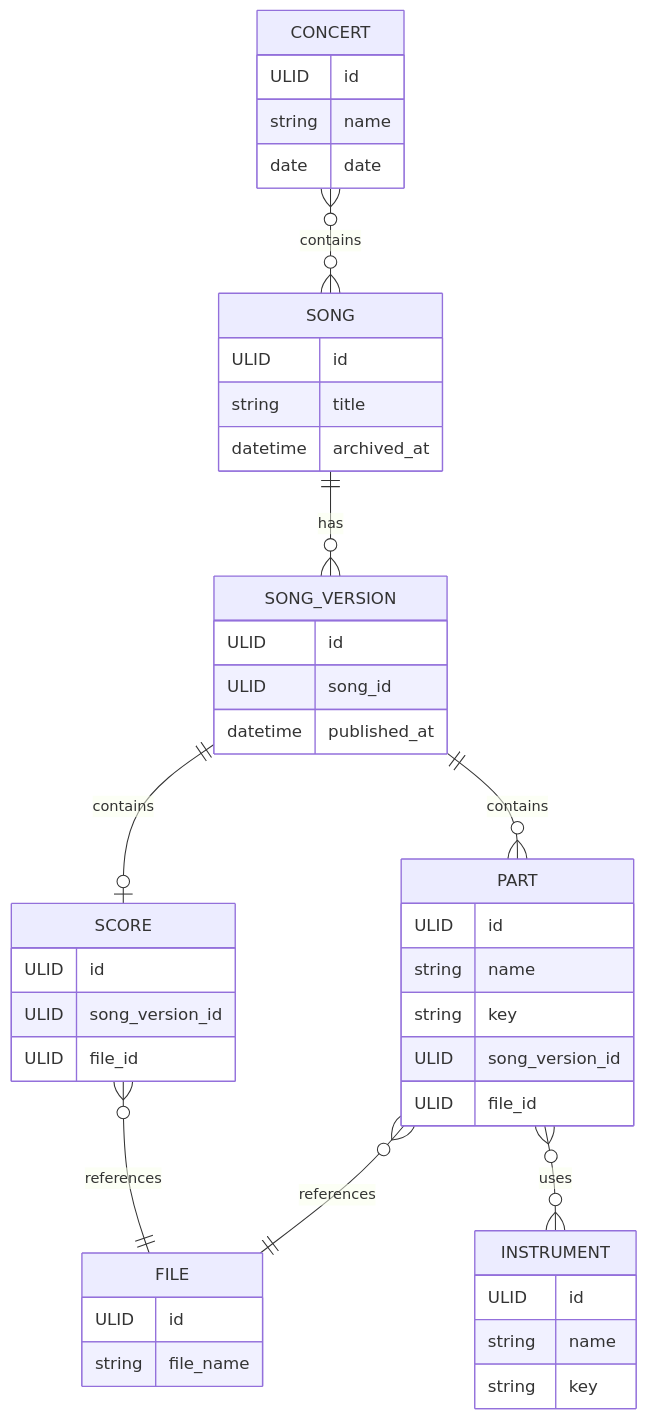
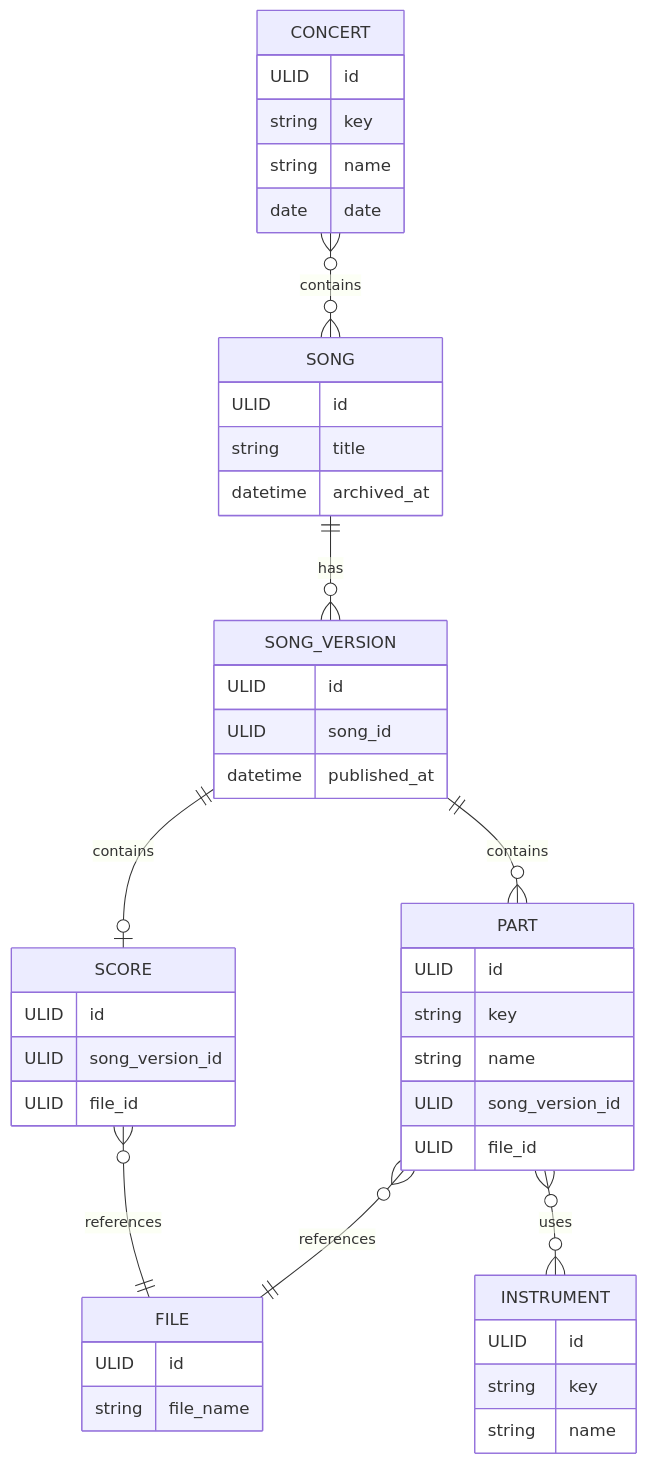
One commit to erikdsp/notbibliotek changed the diagram in docs/domain-model.md. Above: the diagram before and after it, drawn with Mermaid. The commit also changed 2 other files, not shown here.

Commit message:
feat: add key to concert in openapi and docs

````diff
--- a/docs/domain-model.md
+++ b/docs/domain-model.md
@@ -3,53 +3,54 @@
 ```mermaid
 erDiagram
     SONG ||--o{ SONG_VERSION : has
     SONG_VERSION ||--o| SCORE : contains
     SONG_VERSION ||--o{ PART : contains
     SCORE }o--|| FILE : references
     PART }o--|| FILE : references
     PART }o--o{ INSTRUMENT : uses
     CONCERT }o--o{ SONG : contains
 
     SONG {
         ULID id
         string title
         datetime archived_at
     }
 
     SONG_VERSION {
         ULID id
         ULID song_id
         datetime published_at
     }
 
     SCORE {
         ULID id
         ULID song_version_id
         ULID file_id
     }
 
     PART {
         ULID id
+        string key
         string name
-        string key
         ULID song_version_id
         ULID file_id
     }
 
     INSTRUMENT {
         ULID id
+        string key
         string name
-        string key
     }
 
     FILE {
         ULID id
         string file_name
     }
 
     CONCERT {
         ULID id
+        string key
         string name
         date date
     }
 ```
````
